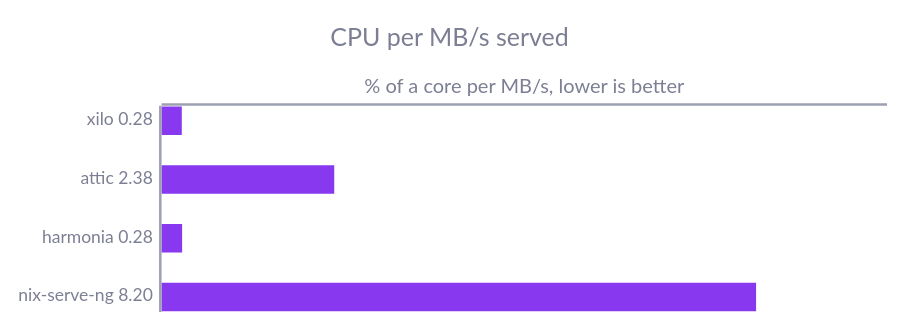
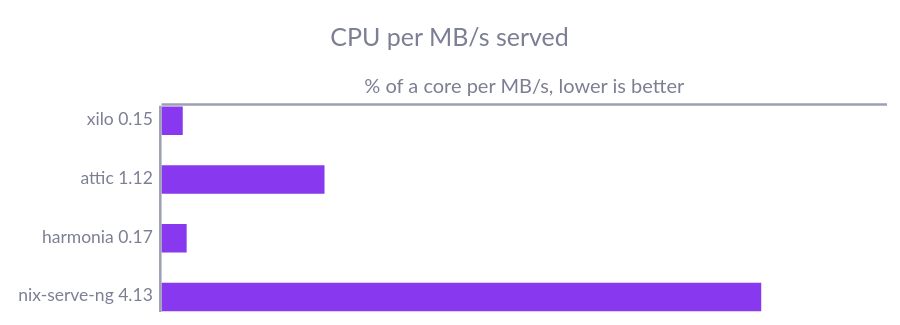
Before and after one commit to stubbedev/xilo: the fourth of 8 diagrams in README.md, drawn with Mermaid. The commit also changed other lines of this file and 2 other files, not shown here.

````diff
--- a/README.md
+++ b/README.md
@@ -135,8 +135,8 @@
 ```mermaid
 %%{init: {"theme": "base", "themeVariables": {"xyChart": {"backgroundColor": "transparent", "titleColor": "#7c7f93", "xAxisLabelColor": "#7c7f93", "xAxisTitleColor": "#7c7f93", "xAxisLineColor": "#9ca0b0", "yAxisTitleColor": "#7c7f93", "yAxisLineColor": "#9ca0b0", "plotColorPalette": "#8839ef"}}, "xyChart": {"height": 240, "yAxis": {"showLabel": false, "showTick": false}, "xAxis": {"showTick": false}}}}%%
 xychart-beta horizontal
     title "CPU per MB/s served"
-    x-axis ["xilo  0.28", "attic  2.38", "harmonia  0.28", "nix-serve-ng  8.20"]
-    y-axis "% of a core per MB/s, lower is better" 0 --> 10
-    bar [0.27887577200305247, 2.3804872273036732, 0.2836232632362642, 8.195450291555684]
+    x-axis ["xilo  0.15", "attic  1.12", "harmonia  0.17", "nix-serve-ng  4.13"]
+    y-axis "% of a core per MB/s, lower is better" 0 --> 5
+    bar [0.14607925694721077, 1.1230853809385641, 0.17305634971871256, 4.133162366990737]
 ```
````
